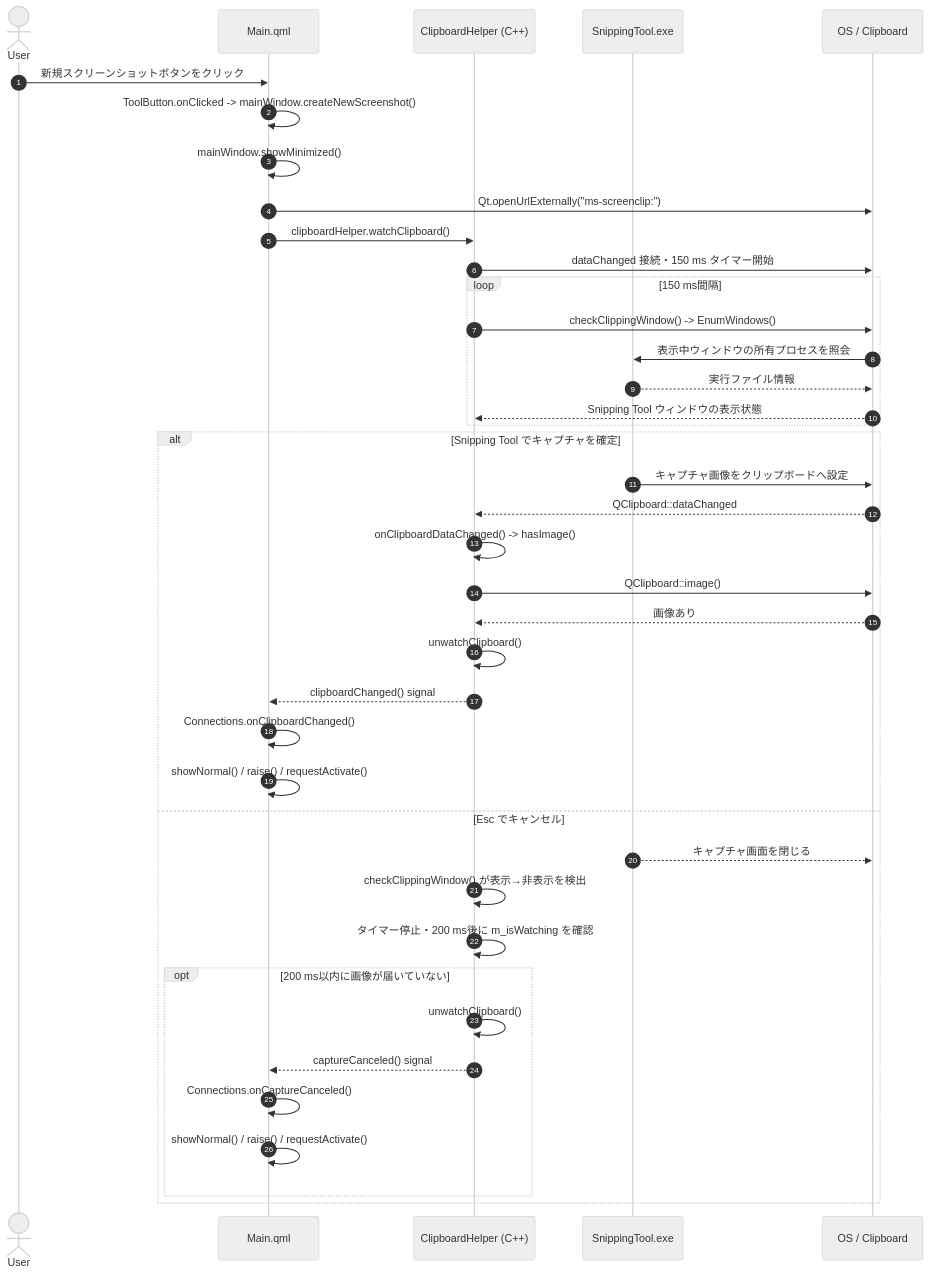
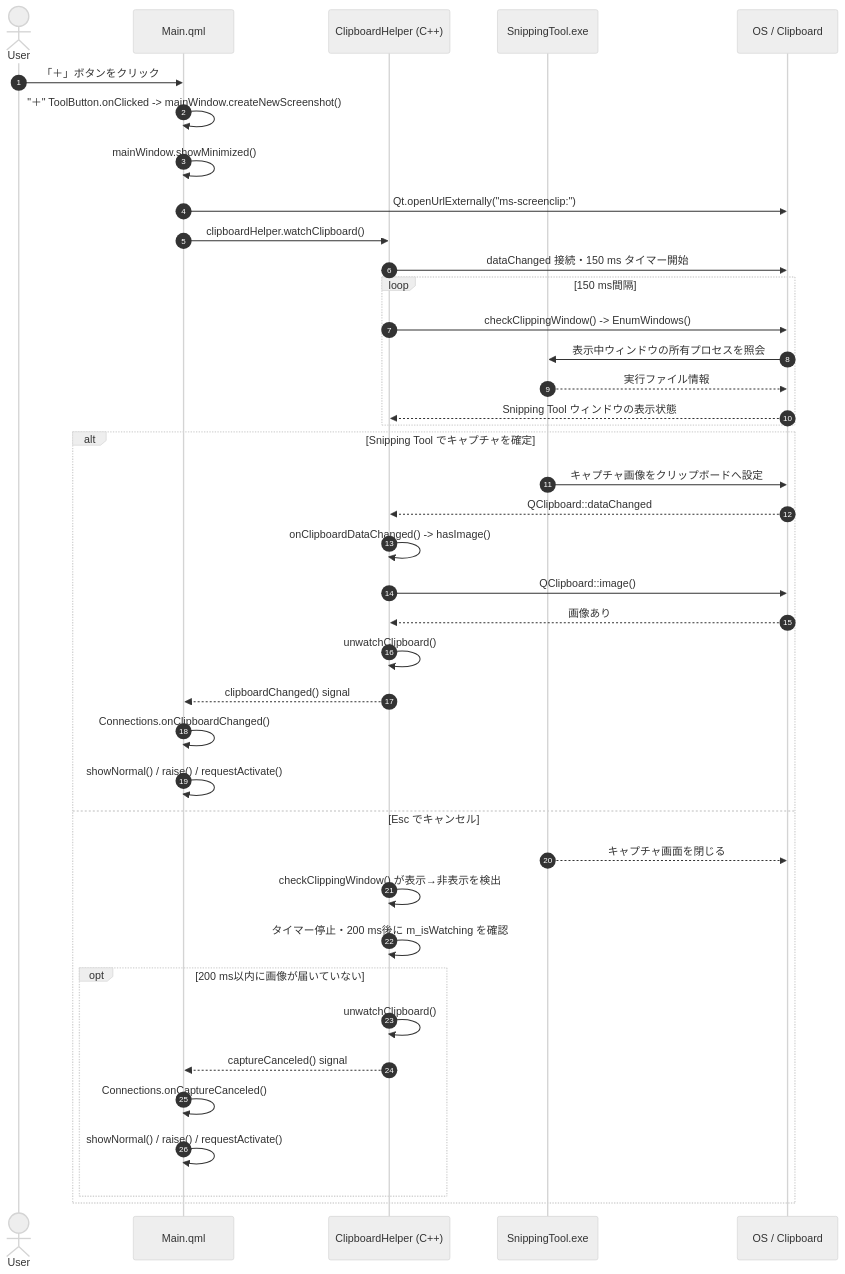
The fourth of 5 diagrams in docs/sequence_diagrams.md (sscHirano/ImageAnnotator), drawn with Mermaid (neutral theme) before and after one commit. The commit also changed other lines of this file, not shown here.

Commit message:
シーケンス図を修正

````diff
--- a/docs/sequence_diagrams.md
+++ b/docs/sequence_diagrams.md
@@ -163,45 +169,45 @@
 ```mermaid
 sequenceDiagram
     autonumber
     actor User
     participant MainQML as Main.qml
     participant Helper as ClipboardHelper (C++)
     participant SnippingTool as SnippingTool.exe
     participant OS as OS / Clipboard
 
-    User->>MainQML: 新規スクリーンショットボタンをクリック
-    MainQML->>MainQML: ToolButton.onClicked -> mainWindow.createNewScreenshot()
+    User->>MainQML: 「＋」ボタンをクリック
+    MainQML->>MainQML: "＋" ToolButton.onClicked -> mainWindow.createNewScreenshot()
     MainQML->>MainQML: mainWindow.showMinimized()
     MainQML->>OS: Qt.openUrlExternally("ms-screenclip:")
     MainQML->>Helper: clipboardHelper.watchClipboard()
     Helper->>OS: dataChanged 接続・150 ms タイマー開始
 
     loop 150 ms間隔
         Helper->>OS: checkClippingWindow() -> EnumWindows()
         OS->>SnippingTool: 表示中ウィンドウの所有プロセスを照会
         SnippingTool-->>OS: 実行ファイル情報
         OS-->>Helper: Snipping Tool ウィンドウの表示状態
     end
 
     alt Snipping Tool でキャプチャを確定
         SnippingTool->>OS: キャプチャ画像をクリップボードへ設定
         OS-->>Helper: QClipboard::dataChanged
         Helper->>Helper: onClipboardDataChanged() -> hasImage()
         Helper->>OS: QClipboard::image()
         OS-->>Helper: 画像あり
         Helper->>Helper: unwatchClipboard()
         Helper-->>MainQML: clipboardChanged() signal
         MainQML->>MainQML: Connections.onClipboardChanged()
         MainQML->>MainQML: showNormal() / raise() / requestActivate()
     else Esc でキャンセル
         SnippingTool-->>OS: キャプチャ画面を閉じる
         Helper->>Helper: checkClippingWindow() が表示→非表示を検出
         Helper->>Helper: タイマー停止・200 ms後に m_isWatching を確認
         opt 200 ms以内に画像が届いていない
             Helper->>Helper: unwatchClipboard()
             Helper-->>MainQML: captureCanceled() signal
             MainQML->>MainQML: Connections.onCaptureCanceled()
             MainQML->>MainQML: showNormal() / raise() / requestActivate()
         end
     end
 ```
````
